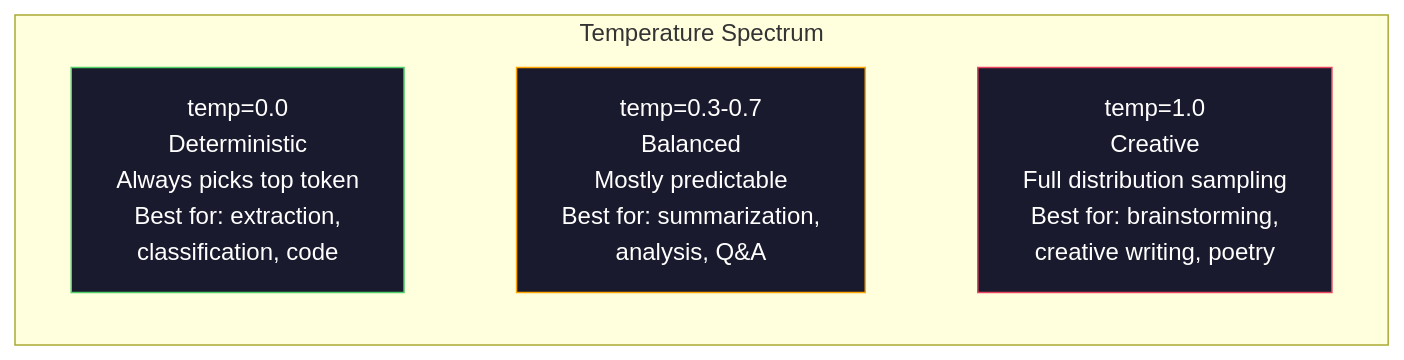
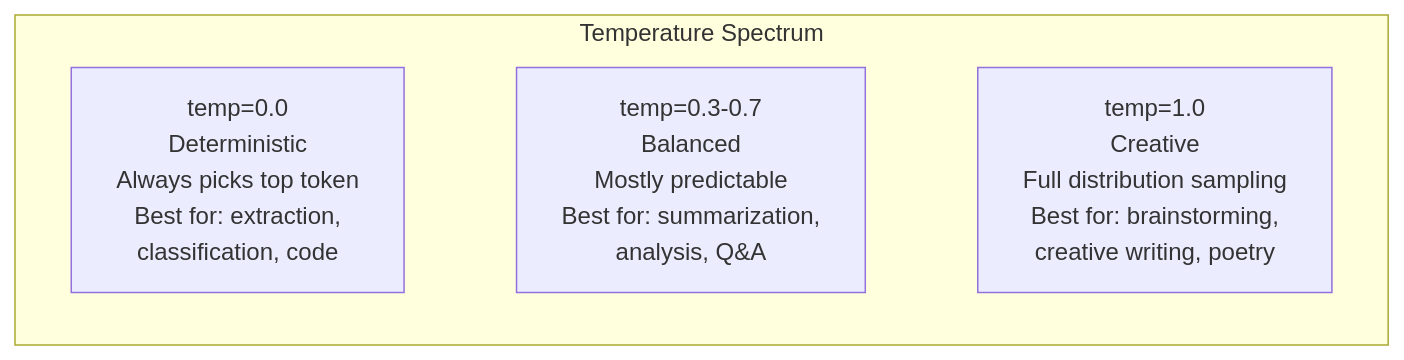
The second of 2 diagrams in phases/11-llm-engineering/01-prompt-engineering/docs/en.md (rohitg00/ai-engineering-from-scratch), drawn with Mermaid before and after one commit. The commit also changed other lines of this file and 1935 other files, not shown here.

````diff
--- a/phases/11-llm-engineering/01-prompt-engineering/docs/en.md
+++ b/phases/11-llm-engineering/01-prompt-engineering/docs/en.md
@@ -144,15 +140,22 @@
 ```mermaid
 graph LR
     subgraph Temp["Temperature Spectrum"]
         direction LR
-        T0["temp=0.0\nDeterministic\nAlways picks top token\nBest for: extraction,\nclassification, code"]
-        T5["temp=0.3-0.7\nBalanced\nMostly predictable\nBest for: summarization,\nanalysis, Q&A"]
-        T1["temp=1.0\nCreative\nFull distribution sampling\nBest for: brainstorming,\ncreative writing, poetry"]
+        T0["temp=0.0
+Deterministic
+Always picks top token
+Best for: extraction,
+classification, code"]
+        T5["temp=0.3-0.7
+Balanced
+Mostly predictable
+Best for: summarization,
+analysis, Q&A"]
+        T1["temp=1.0
+Creative
+Full distribution sampling
+Best for: brainstorming,
+creative writing, poetry"]
     end
-
     T0 ~~~ T5 ~~~ T1
-
-    style T0 fill:#1a1a2e,stroke:#51cf66,color:#fff
-    style T5 fill:#1a1a2e,stroke:#ffa500,color:#fff
-    style T1 fill:#1a1a2e,stroke:#e94560,color:#fff
 ```
````
